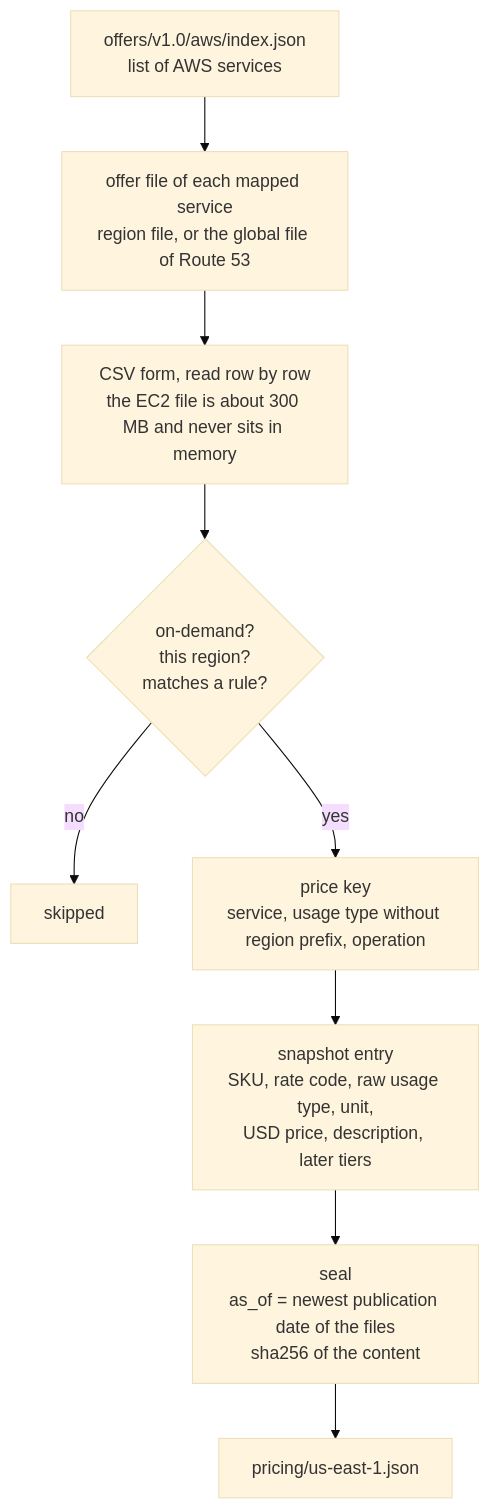
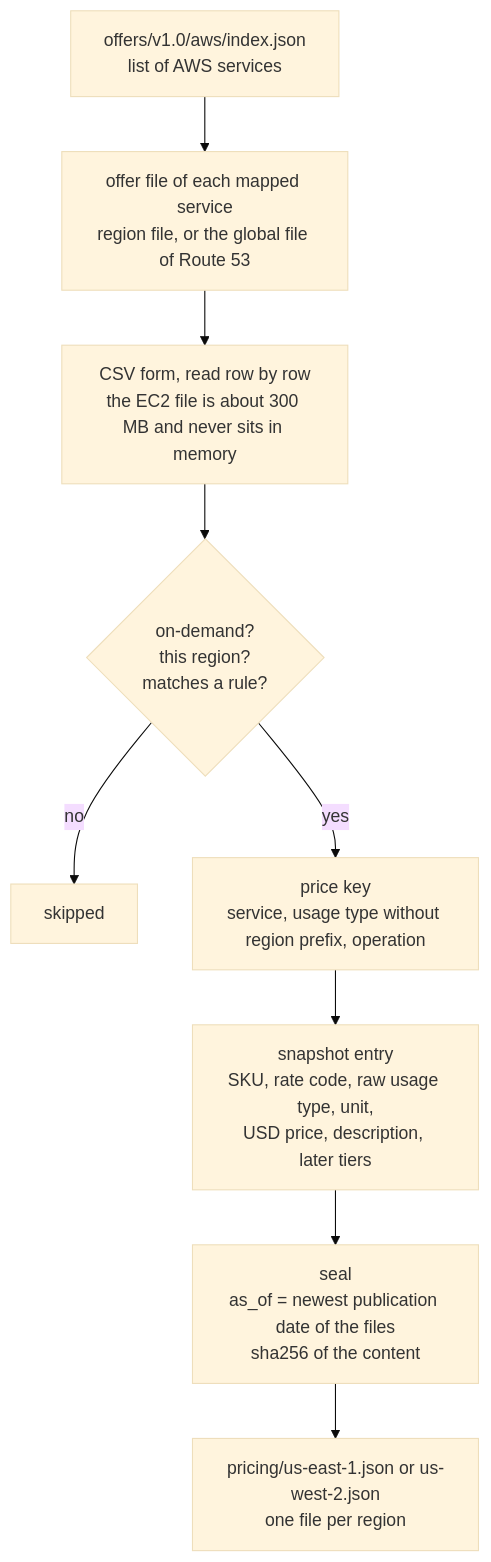
The second of 5 diagrams in docs/how-it-works.md (leosavio/costgate), drawn with Mermaid (base theme) before and after one commit. The commit also changed other lines of this file and 75 other files, not shown here.

Commit message:
feat: workshop findings: region from the plan, gp3 performance, us-west-2, providers, EKS (#8)

````diff
--- a/docs/how-it-works.md
+++ b/docs/how-it-works.md
@@ -51,11 +51,11 @@
 ```mermaid
 flowchart TD
   idx["offers/v1.0/aws/index.json<br/>list of AWS services"] --> files["offer file of each mapped service<br/>region file, or the global file of Route 53"]
   files --> csv["CSV form, read row by row<br/>the EC2 file is about 300 MB and never sits in memory"]
   csv --> keep{"on-demand?<br/>this region?<br/>matches a rule?"}
   keep -- no --> skip["skipped"]
   keep -- yes --> key["price key<br/>service, usage type without region prefix, operation"]
   key --> entry["snapshot entry<br/>SKU, rate code, raw usage type, unit,<br/>USD price, description, later tiers"]
   entry --> seal["seal<br/>as_of = newest publication date of the files<br/>sha256 of the content"]
-  seal --> out["pricing/us-east-1.json"]
+  seal --> out["pricing/us-east-1.json or us-west-2.json<br/>one file per region"]
 ```
````
